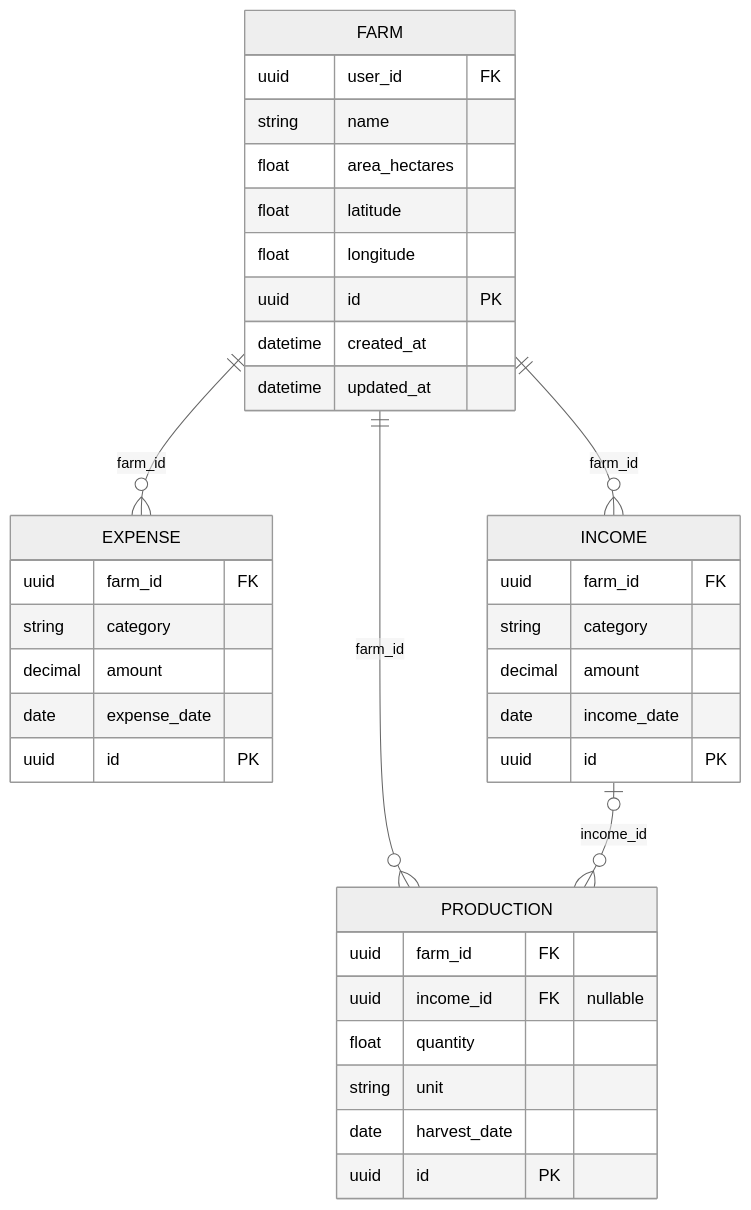
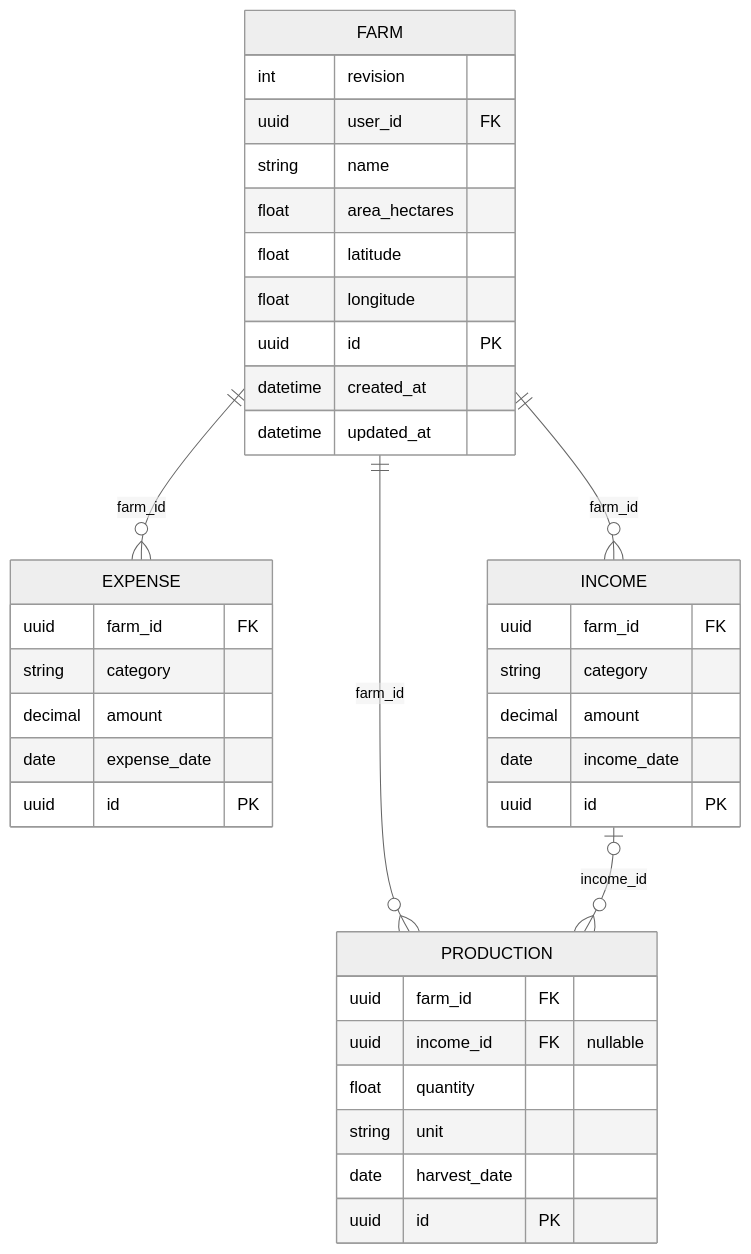
One commit to ferjovel06/agrifos changed the diagram in docs/diagrams/er_diagrams/er_finance.mmd. Above: the diagram before and after it, drawn with Mermaid (neutral theme). The commit also changed 14 other files, not shown here.

Commit message:
docs(offline): record architecture acceptance evidence and operating limits

```diff
--- a/docs/diagrams/er_diagrams/er_finance.mmd
+++ b/docs/diagrams/er_diagrams/er_finance.mmd
@@ -1,38 +1,39 @@
 erDiagram
     %% SQLAlchemy models at main f986ccb; 2026-10-08.
     FARM ||--o{ EXPENSE : farm_id
     FARM ||--o{ INCOME : farm_id
     FARM ||--o{ PRODUCTION : farm_id
     INCOME o|--o{ PRODUCTION : income_id
     FARM {
+        int revision
         uuid user_id FK
         string name
         float area_hectares
         float latitude
         float longitude
         uuid id PK
         datetime created_at
         datetime updated_at
     }
     EXPENSE {
         uuid farm_id FK
         string category
         decimal amount
         date expense_date
         uuid id PK
     }
     INCOME {
         uuid farm_id FK
         string category
         decimal amount
         date income_date
         uuid id PK
     }
     PRODUCTION {
         uuid farm_id FK
         uuid income_id FK "nullable"
         float quantity
         string unit
         date harvest_date
         uuid id PK
     }
```
